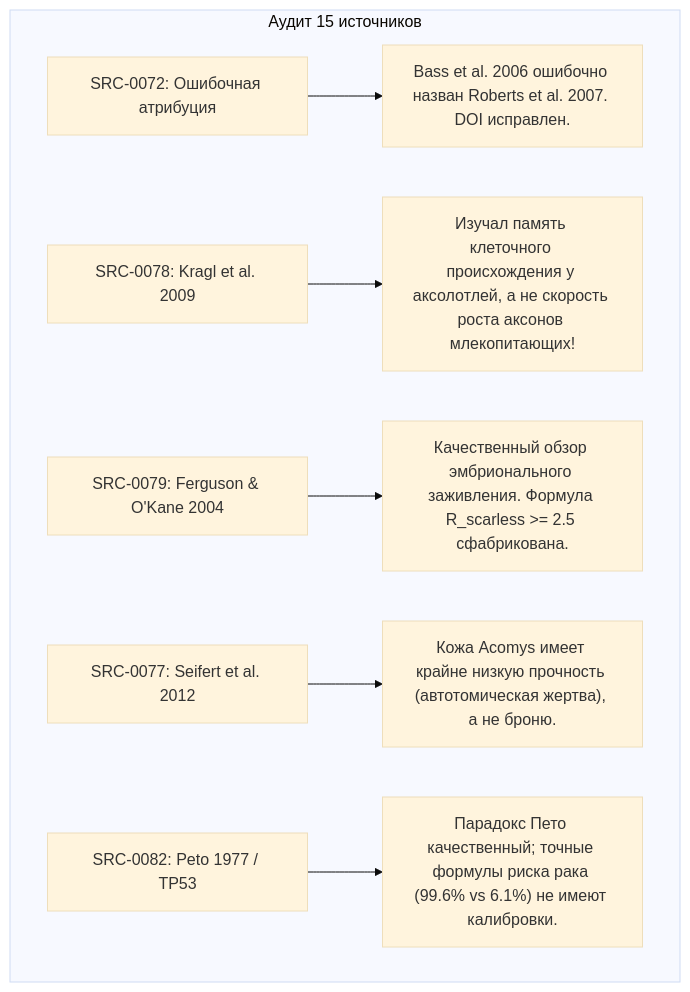
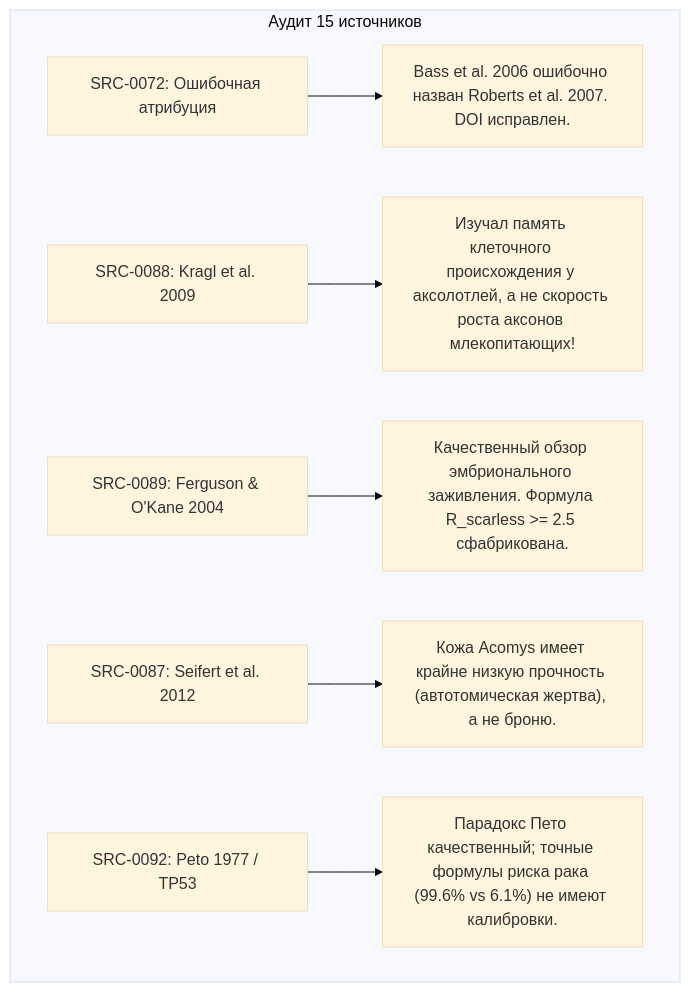
One commit to G1F12/SUBJECT-01 changed the diagram in research/aegis_survivability/CYCLE_1A_SCIENTIFIC_AUDIT.md. Above: the diagram before and after it, drawn with Mermaid (base theme). The commit also changed other lines of this file and 72 other files, not shown here.

````diff
--- a/research/aegis_survivability/CYCLE_1A_SCIENTIFIC_AUDIT.md
+++ b/research/aegis_survivability/CYCLE_1A_SCIENTIFIC_AUDIT.md
@@ -49,10 +49,10 @@
 ```mermaid
 flowchart TD
     subgraph Sources["Аудит 15 источников"]
         S1["SRC-0072: Ошибочная атрибуция"] --> F1["Bass et al. 2006 ошибочно назван Roberts et al. 2007. DOI исправлен."]
-        S2["SRC-0078: Kragl et al. 2009"] --> F2["Изучал память клеточного происхождения у аксолотлей, а не скорость роста аксонов млекопитающих!"]
-        S3["SRC-0079: Ferguson & O'Kane 2004"] --> F3["Качественный обзор эмбрионального заживления. Формула R_scarless >= 2.5 сфабрикована."]
-        S4["SRC-0077: Seifert et al. 2012"] --> F4["Кожа Acomys имеет крайне низкую прочность (автотомическая жертва), а не броню."]
-        S5["SRC-0082: Peto 1977 / TP53"] --> F5["Парадокс Пето качественный; точные формулы риска рака (99.6% vs 6.1%) не имеют калибровки."]
+        S2["SRC-0088: Kragl et al. 2009"] --> F2["Изучал память клеточного происхождения у аксолотлей, а не скорость роста аксонов млекопитающих!"]
+        S3["SRC-0089: Ferguson & O'Kane 2004"] --> F3["Качественный обзор эмбрионального заживления. Формула R_scarless >= 2.5 сфабрикована."]
+        S4["SRC-0087: Seifert et al. 2012"] --> F4["Кожа Acomys имеет крайне низкую прочность (автотомическая жертва), а не броню."]
+        S5["SRC-0092: Peto 1977 / TP53"] --> F5["Парадокс Пето качественный; точные формулы риска рака (99.6% vs 6.1%) не имеют калибровки."]
     end
 ```
````
